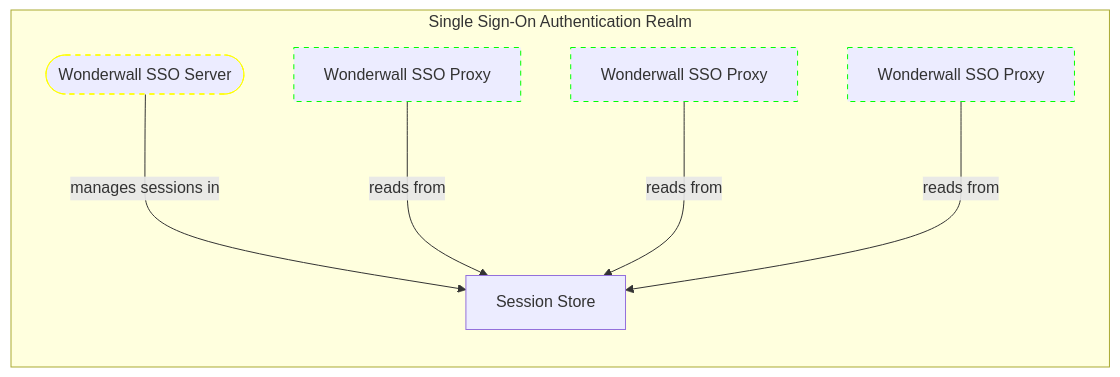
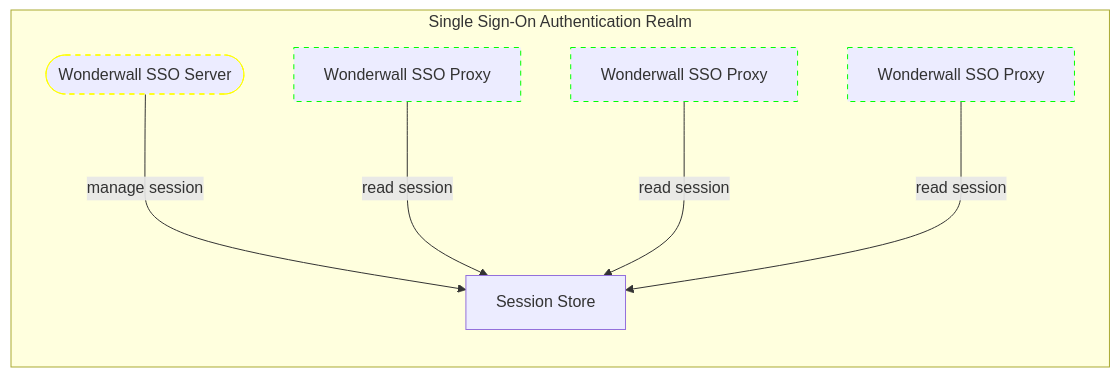
Before and after one commit to nais/wonderwall: the eighth of 9 diagrams in docs/architecture.md, drawn with Mermaid. The commit also changed other lines of this file, not shown here.

Commit message:
docs: clean up mermaid diagram descriptions [ci skip]

````diff
--- a/docs/architecture.md
+++ b/docs/architecture.md
@@ -169,17 +169,17 @@
 ```mermaid
 graph LR
   Server([Wonderwall SSO Server])
   Store[Session Store]
 
   classDef Proxy stroke:#0f0,stroke-dasharray: 5
   style Server stroke:#ff0,stroke-dasharray: 5
 
   subgraph Single Sign-On Authentication Realm
     direction TB
     
-    Server -- "manages sessions in" ---> Store
-    w1[Wonderwall SSO Proxy]:::Proxy -- "reads from" ---> Store
-    wDot[Wonderwall SSO Proxy]:::Proxy -- "reads from" ---> Store
-    wN[Wonderwall SSO Proxy]:::Proxy -- "reads from" ---> Store
+    Server -- "manage session" ---> Store
+    w1[Wonderwall SSO Proxy]:::Proxy -- "read session" ---> Store
+    wDot[Wonderwall SSO Proxy]:::Proxy -- "read session" ---> Store
+    wN[Wonderwall SSO Proxy]:::Proxy -- "read session" ---> Store
   end
 ```
````
